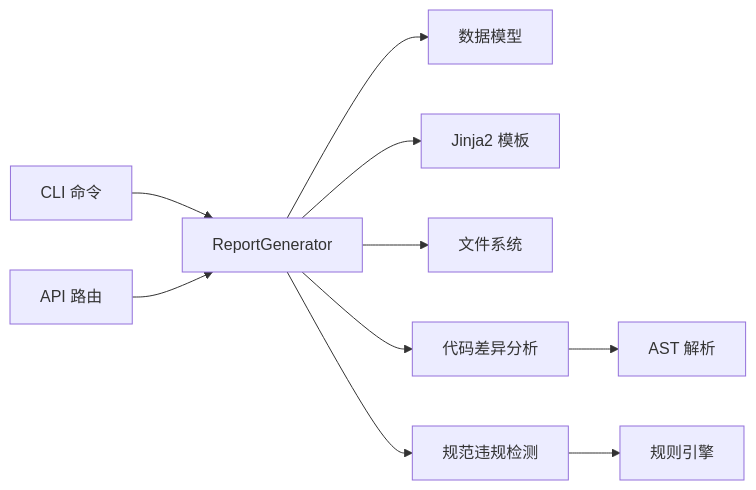
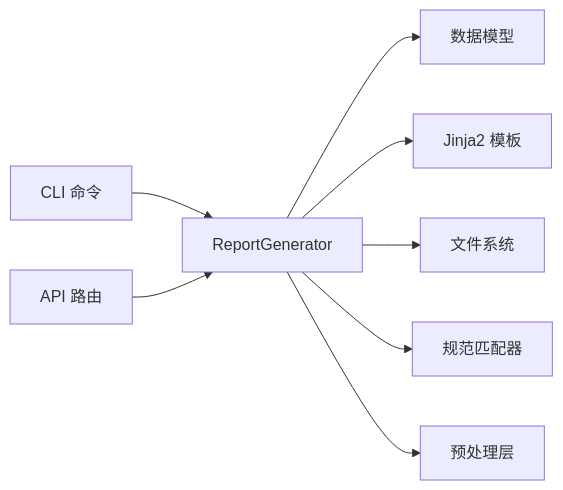
One commit to boyingliu01/fault-review-analyzer changed the seventh of 7 diagrams in .qoder/repowiki/zh/content/可视化系统/报告生成系统.md. Above: the diagram before and after it, drawn with Mermaid. The commit also changed other lines of this file and 125 other files, not shown here.

````diff
--- a/.qoder/repowiki/zh/content/可视化系统/报告生成系统.md
+++ b/.qoder/repowiki/zh/content/可视化系统/报告生成系统.md
@@ -462,12 +449,10 @@
 ```mermaid
 graph LR
 CLI["CLI 命令"] --> RG["ReportGenerator"]
 API["API 路由"] --> RG
 RG --> Models["数据模型"]
 RG --> Templates["Jinja2 模板"]
 RG --> FS["文件系统"]
-RG --> CCA["代码差异分析"]
-RG --> VD["规范违规检测"]
-CCA --> AST["AST 解析"]
-VD --> Rules["规则引擎"]
+RG --> SM["规范匹配器"]
+RG --> PP["预处理层"]
 ```
````
